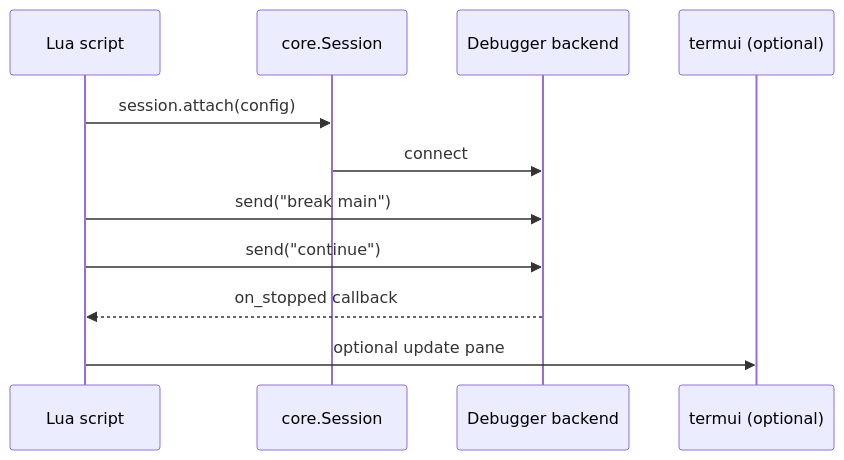
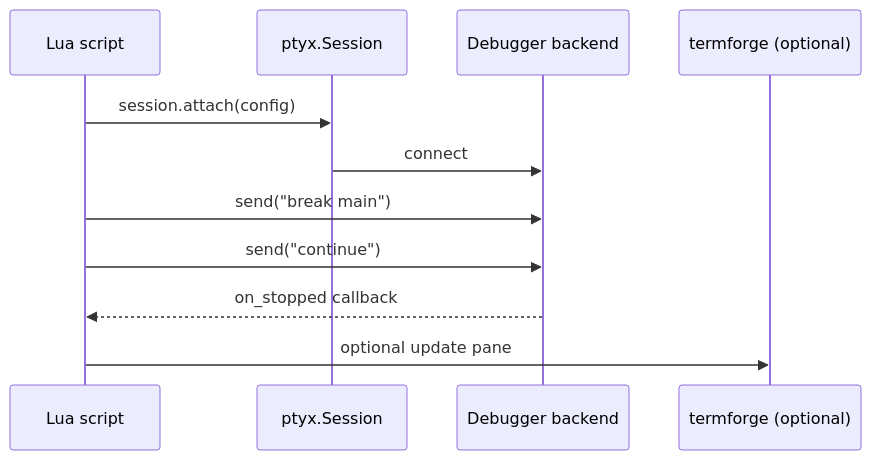
One commit to yairgd/gdbforge changed the third of 3 diagrams in docs/PLUGINS.md. Above: the diagram before and after it, drawn with Mermaid. The commit also changed other lines of this file and 267 other files, not shown here.

````diff
--- a/docs/PLUGINS.md
+++ b/docs/PLUGINS.md
@@ -136,14 +136,14 @@
 ```mermaid
 sequenceDiagram
     participant Script as Lua script
-    participant Core as core.Session
+    participant Core as ptyx.Session
     participant DBG as Debugger backend
-    participant UI as termui (optional)
+    participant UI as termforge (optional)
 
     Script->>Core: session.attach(config)
     Core->>DBG: connect
     Script->>DBG: send("break main")
     Script->>DBG: send("continue")
     DBG-->>Script: on_stopped callback
     Script->>UI: optional update pane
 ```
````
